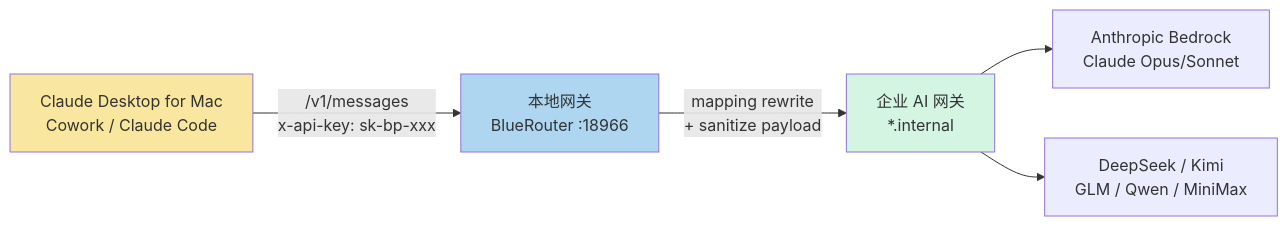
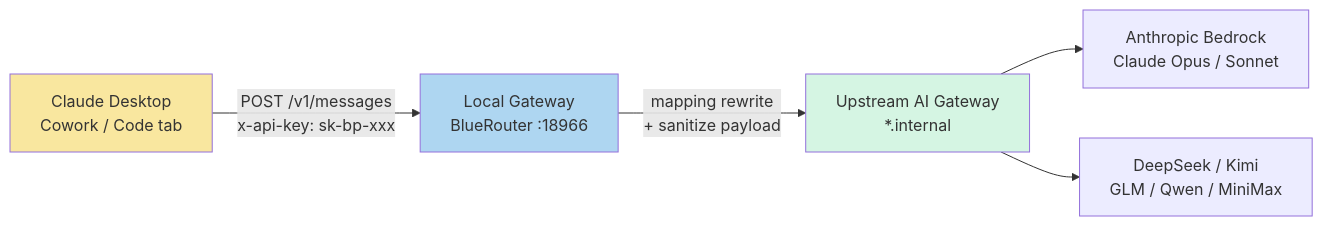
One commit to pengyanai/notebook changed the first of 5 diagrams in posts/2026-05-07-claude-desktop-third-party-inference.md. Above: the diagram before and after it, drawn with Mermaid. The commit also changed other lines of this file, not shown here.

First line of the commit message:
docs: Claude Desktop 3p 文章 — mermaid 全英化 + 补充官方文档

````diff
--- a/posts/2026-05-07-claude-desktop-third-party-inference.md
+++ b/posts/2026-05-07-claude-desktop-third-party-inference.md
@@ -16,10 +16,10 @@
 ```mermaid
 flowchart LR
-    A[Claude Desktop for Mac<br/>Cowork / Claude Code] -->|/v1/messages<br/>x-api-key: sk-bp-xxx| B[本地网关<br/>BlueRouter :18966]
-    B -->|mapping rewrite<br/>+ sanitize payload| C[企业 AI 网关<br/>*.internal]
-    C --> D1[Anthropic Bedrock<br/>Claude Opus/Sonnet]
+    A[Claude Desktop<br/>Cowork / Code tab] -->|POST /v1/messages<br/>x-api-key: sk-bp-xxx| B[Local Gateway<br/>BlueRouter :18966]
+    B -->|mapping rewrite<br/>+ sanitize payload| C[Upstream AI Gateway<br/>*.internal]
+    C --> D1[Anthropic Bedrock<br/>Claude Opus / Sonnet]
     C --> D2[DeepSeek / Kimi<br/>GLM / Qwen / MiniMax]
     style A fill:#f9e79f
     style B fill:#aed6f1
     style C fill:#d5f5e3
 ```
````
